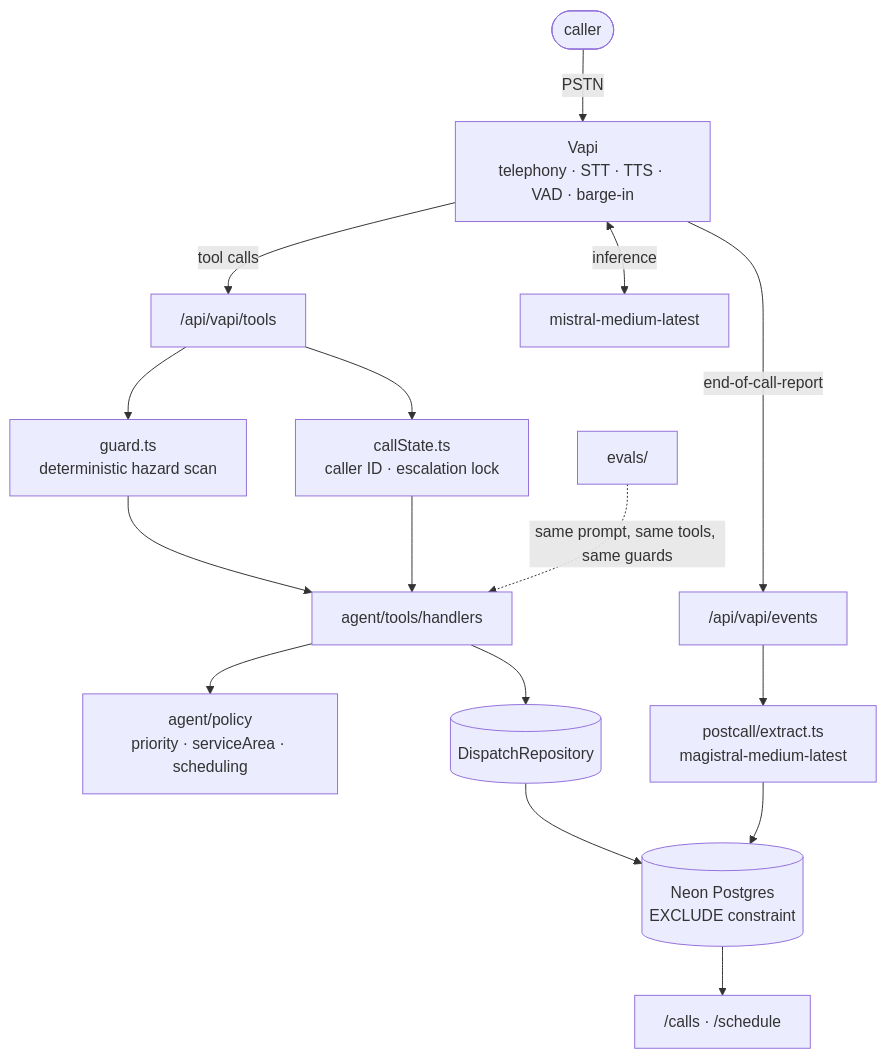
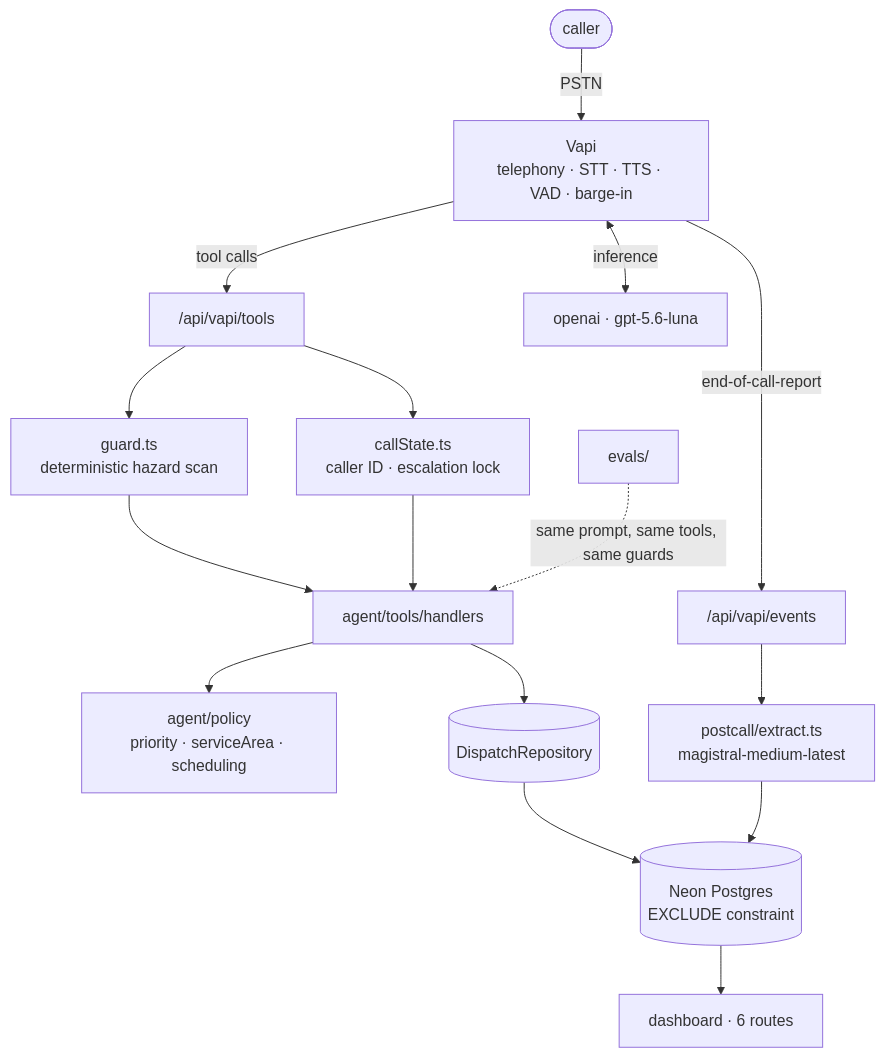
One commit to IbDaGib/summit-air-demo changed the diagram in README.md. Above: the diagram before and after it, drawn with Mermaid. The commit also changed other lines of this file, not shown here.

````diff
--- a/README.md
+++ b/README.md
@@ -24,21 +25,21 @@
 ```mermaid
 flowchart TB
     Caller([caller]) -->|PSTN| Vapi[Vapi<br/>telephony · STT · TTS · VAD · barge-in]
     Vapi -->|tool calls| Tools["/api/vapi/tools"]
     Vapi -->|end-of-call-report| Events["/api/vapi/events"]
-    Vapi <-->|inference| Mistral[mistral-medium-latest]
+    Vapi <-->|inference| LLM[openai · gpt-5.6-luna]
 
     Tools --> Guard[guard.ts<br/>deterministic hazard scan]
     Tools --> State[callState.ts<br/>caller ID · escalation lock]
     Guard --> Handlers
     State --> Handlers
     Handlers[agent/tools/handlers] --> Policy[agent/policy<br/>priority · serviceArea · scheduling]
     Handlers --> Repo[(DispatchRepository)]
     Repo --> Neon[(Neon Postgres<br/>EXCLUDE constraint)]
 
     Events --> Extract[postcall/extract.ts<br/>magistral-medium-latest]
     Extract --> Neon
-    Neon --> Dash["/calls · /schedule"]
+    Neon --> Dash["dashboard · 6 routes"]
 
     Evals[evals/] -.->|same prompt, same tools, same guards| Handlers
 ```
````
